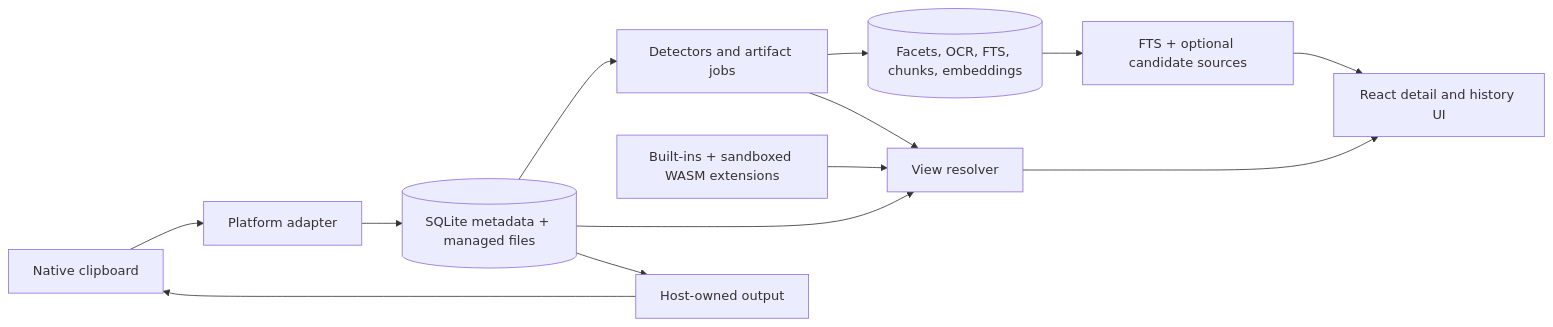
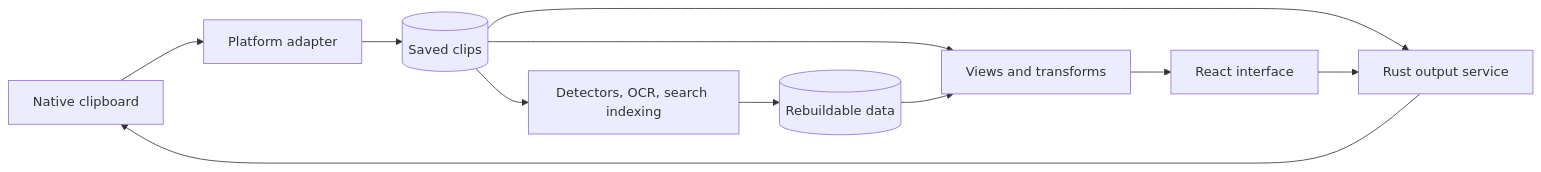
Before and after one commit to azure06/clipsx: the diagram in docs/ARCHITECTURE.md, drawn with Mermaid. The commit also changed other lines of this file and 132 other files, not shown here.

````diff
--- a/docs/ARCHITECTURE.md
+++ b/docs/ARCHITECTURE.md
@@ -13,15 +6,13 @@
 ```mermaid
 flowchart LR
-    Native[Native clipboard] --> Capture[Platform adapter]
-    Capture --> Canonical[(SQLite metadata + managed files)]
-    Canonical --> Understand[Detectors and artifact jobs]
-    Understand --> Derived[(Facets, OCR, FTS, chunks, embeddings)]
-    Canonical --> Resolver[View resolver]
-    Understand --> Resolver
-    Extensions[Built-ins + sandboxed WASM extensions] --> Resolver
-    Resolver --> React[React detail and history UI]
-    Canonical --> Output[Host-owned output]
-    Output --> Native
-    Derived --> Search[FTS + optional candidate sources]
-    Search --> React
+    Clipboard[Native clipboard] --> Adapter[Platform adapter]
+    Adapter --> Saved[(Saved clips)]
+    Saved --> Work[Detectors, OCR, search indexing]
+    Work --> Derived[(Rebuildable data)]
+    Saved --> Views[Views and transforms]
+    Derived --> Views
+    Views --> UI[React interface]
+    Saved --> Output[Rust output service]
+    UI --> Output
+    Output --> Clipboard
 ```
````
